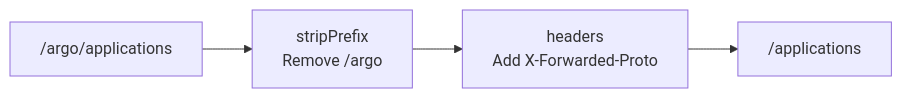
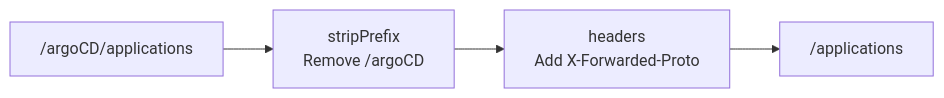
One commit to timholm/k8s-infrastructure changed the third of 4 diagrams in docs/architecture/traffic-flow.md. Above: the diagram before and after it, drawn with Mermaid. The commit also changed other lines of this file and 13 other files, not shown here.

````diff
--- a/docs/architecture/traffic-flow.md
+++ b/docs/architecture/traffic-flow.md
@@ -77,6 +110,6 @@
 ```mermaid
 graph LR
-    Request["/argo/applications"] --> Strip[stripPrefix<br/>Remove /argo]
+    Request["/argoCD/applications"] --> Strip[stripPrefix<br/>Remove /argoCD]
     Strip --> Headers[headers<br/>Add X-Forwarded-Proto]
     Headers --> Service["/applications"]
 ```
````
